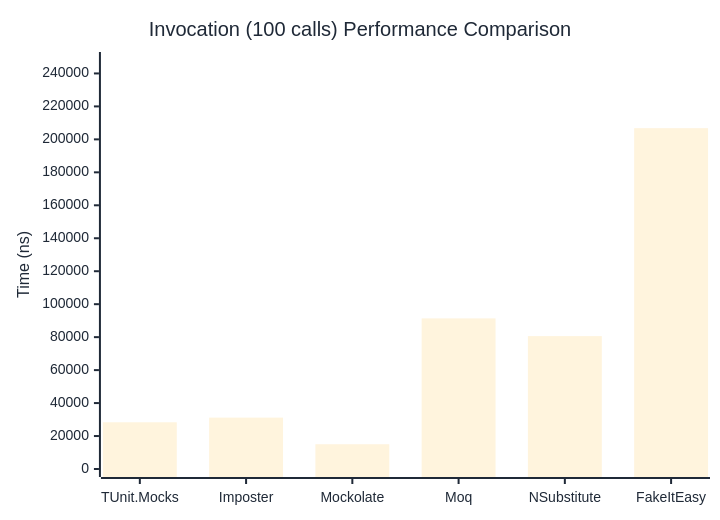
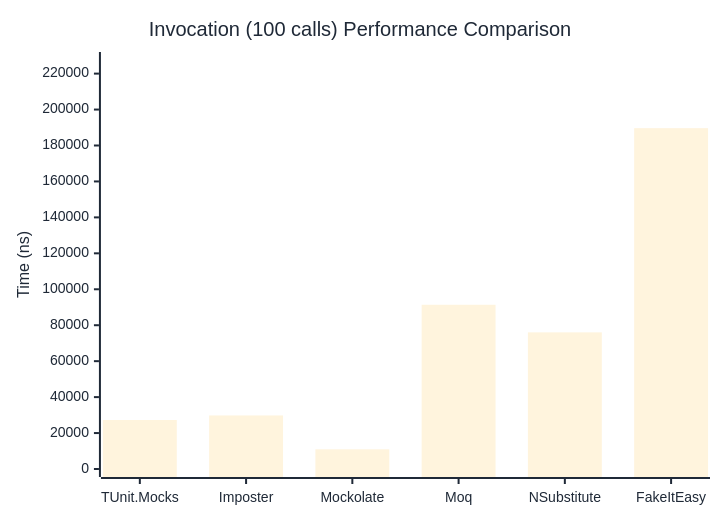
One commit to thomhurst/TUnit changed the third of 3 diagrams in docs/docs/benchmarks/mocks/Invocation.md. Above: the diagram before and after it, drawn with Mermaid. The commit also changed other lines of this file and 14 other files, not shown here.

````diff
--- a/docs/docs/benchmarks/mocks/Invocation.md
+++ b/docs/docs/benchmarks/mocks/Invocation.md
@@ -112,27 +112,27 @@
 ```mermaid
 %%{init: {
   'theme':'base',
   'themeVariables': {
     'primaryColor': '#2563eb',
     'primaryTextColor': '#1f2937',
     'primaryBorderColor': '#1e40af',
     'lineColor': '#6b7280',
     'secondaryColor': '#7c3aed',
     'tertiaryColor': '#dc2626',
     'background': '#ffffff',
     'pie1': '#2563eb',
     'pie2': '#7c3aed',
     'pie3': '#dc2626',
     'pie4': '#f59e0b',
     'pie5': '#10b981',
     'pie6': '#06b6d4',
     'pie7': '#ec4899',
     'pie8': '#6366f1'
   }
 }}%%
 xychart-beta
   title "Invocation (100 calls) Performance Comparison"
   x-axis ["TUnit.Mocks", "Imposter", "Mockolate", "Moq", "NSubstitute", "FakeItEasy"]
-  y-axis "Time (ns)" 0 --> 248156
-  bar [28340.7, 31171.9, 15026.1, 91382.4, 80641.2, 206796.1]
+  y-axis "Time (ns)" 0 --> 227572
+  bar [27273.6, 29790, 10952.4, 91387.3, 76035.4, 189643.3]
 ```
````
